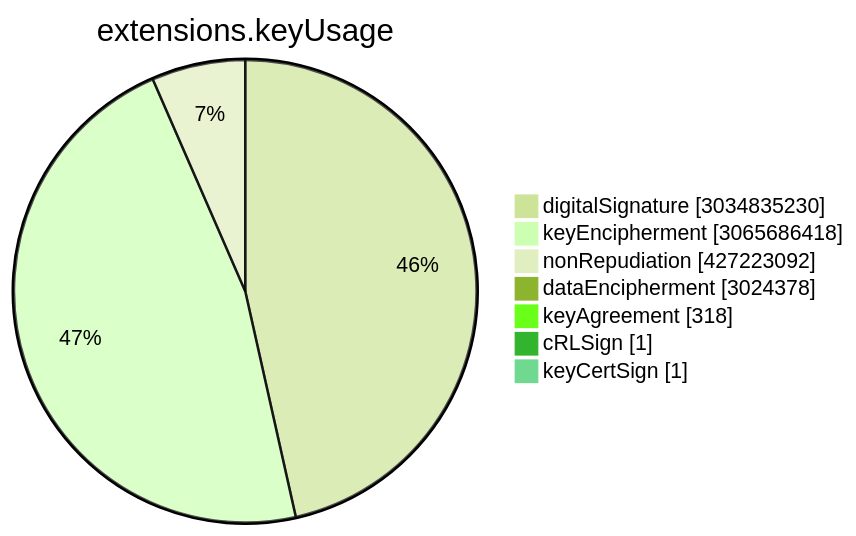
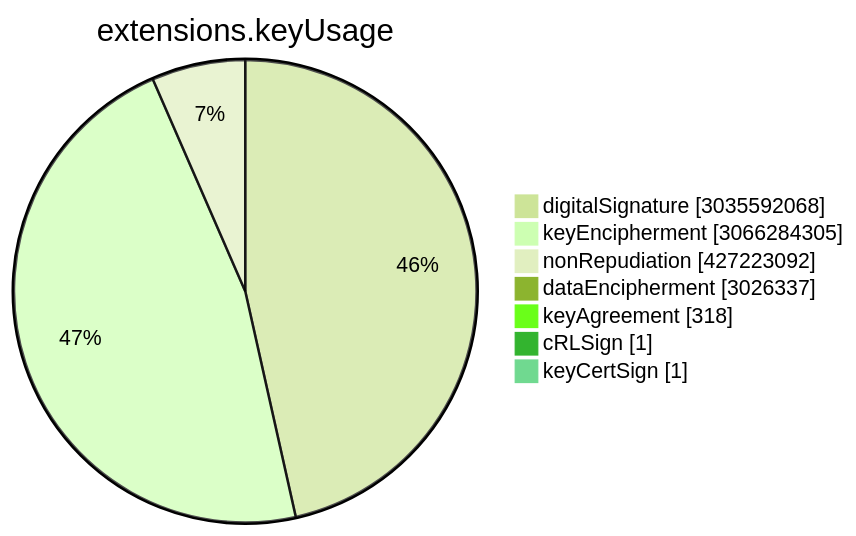
The sixth of 15 diagrams in TOTAL/README.md (christiankrug/ctmonitor_visualization), drawn with Mermaid (forest theme) before and after one commit. The commit also changed other lines of this file, not shown here.

````diff
--- a/TOTAL/README.md
+++ b/TOTAL/README.md
@@ -3075,11 +3075,11 @@
 ```mermaid
 pie showData
 title extensions.keyUsage
-"digitalSignature" :3034835230
-"keyEncipherment" :3065686418
+"digitalSignature" :3035592068
+"keyEncipherment" :3066284305
 "nonRepudiation" :427223092
-"dataEncipherment" :3024378
+"dataEncipherment" :3026337
 "keyAgreement" :318
 "cRLSign" :1
 "keyCertSign" :1
 ```
````
